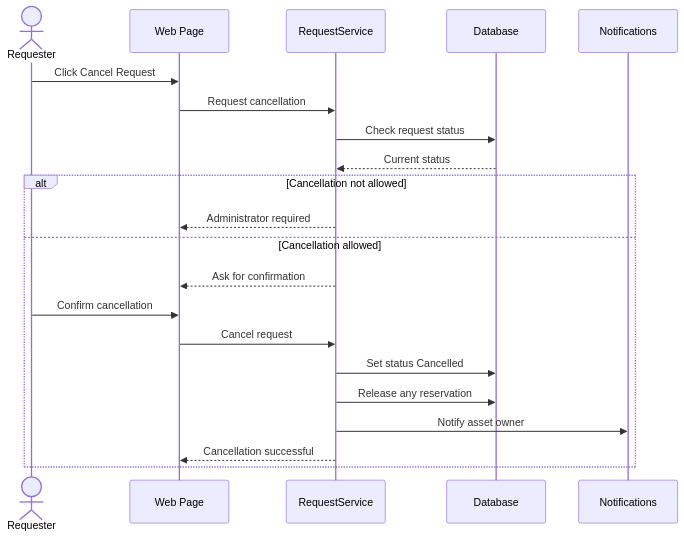
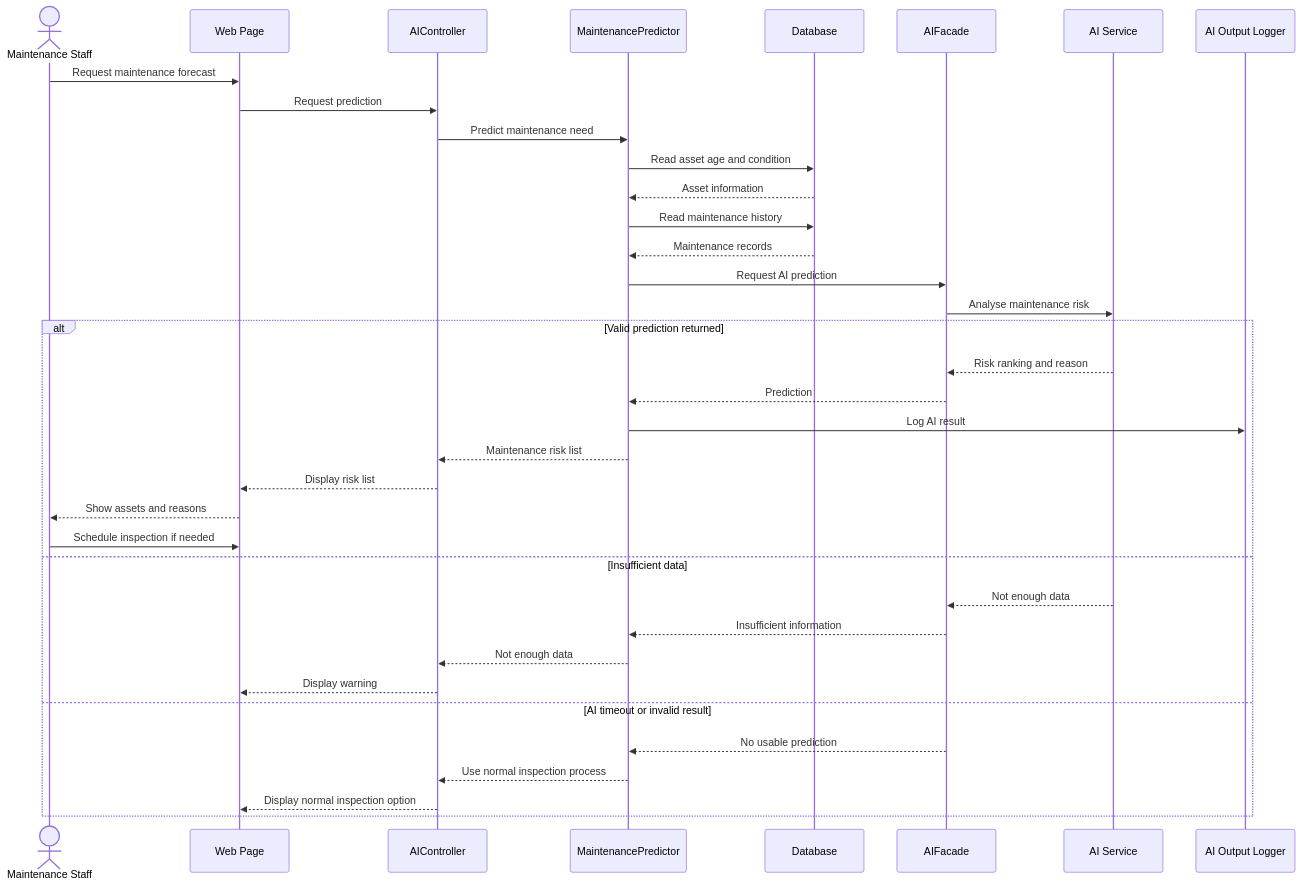
The ninth of 10 diagrams in phase 4-5/01_part1_assets_marketplace_requests.md (Abdulla66541/COSC336-GROUP5), drawn with Mermaid before and after one commit. The commit also changed other lines of this file, not shown here.

````diff
--- a/phase 4-5/01_part1_assets_marketplace_requests.md
+++ b/phase 4-5/01_part1_assets_marketplace_requests.md
@@ -404,25 +497,42 @@
 ```mermaid
 sequenceDiagram
-    actor RQ as Requester
+    actor MS as Maintenance Staff
     participant UI as Web Page
-    participant S as RequestService
+    participant AIC as AIController
+    participant MP as MaintenancePredictor
     participant DB as Database
-    participant N as Notifications
+    participant AF as AIFacade
+    participant AI as AI Service
+    participant LOG as AI Output Logger
 
-    RQ->>UI: Click Cancel Request
-    UI->>S: Request cancellation
-    S->>DB: Check request status
-    DB-->>S: Current status
+    MS->>UI: Request maintenance forecast
+    UI->>AIC: Request prediction
+    AIC->>MP: Predict maintenance need
+    MP->>DB: Read asset age and condition
+    DB-->>MP: Asset information
+    MP->>DB: Read maintenance history
+    DB-->>MP: Maintenance records
+    MP->>AF: Request AI prediction
+    AF->>AI: Analyse maintenance risk
 
-    alt Cancellation not allowed
-        S-->>UI: Administrator required
-    else Cancellation allowed
-        S-->>UI: Ask for confirmation
-        RQ->>UI: Confirm cancellation
-        UI->>S: Cancel request
-        S->>DB: Set status Cancelled
-        S->>DB: Release any reservation
-        S->>N: Notify asset owner
-        S-->>UI: Cancellation successful
+    alt Valid prediction returned
+        AI-->>AF: Risk ranking and reason
+        AF-->>MP: Prediction
+        MP->>LOG: Log AI result
+        MP-->>AIC: Maintenance risk list
+        AIC-->>UI: Display risk list
+        UI-->>MS: Show assets and reasons
+        MS->>UI: Schedule inspection if needed
+
+    else Insufficient data
+        AI-->>AF: Not enough data
+        AF-->>MP: Insufficient information
+        MP-->>AIC: Not enough data
+        AIC-->>UI: Display warning
+
+    else AI timeout or invalid result
+        AF-->>MP: No usable prediction
+        MP-->>AIC: Use normal inspection process
+        AIC-->>UI: Display normal inspection option
     end
 ```
````
